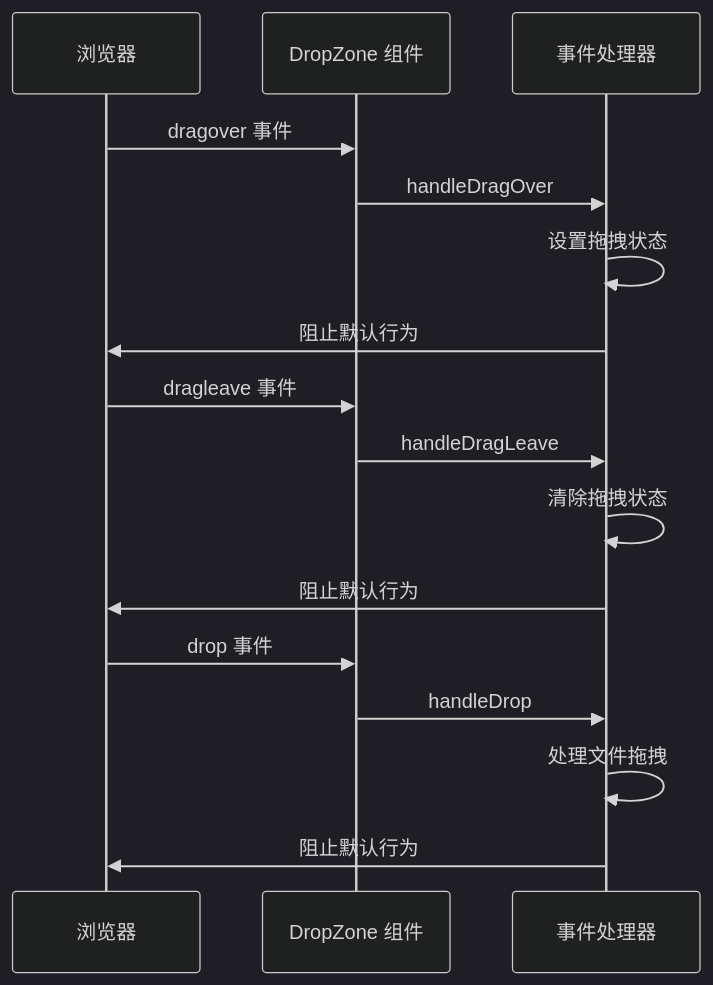
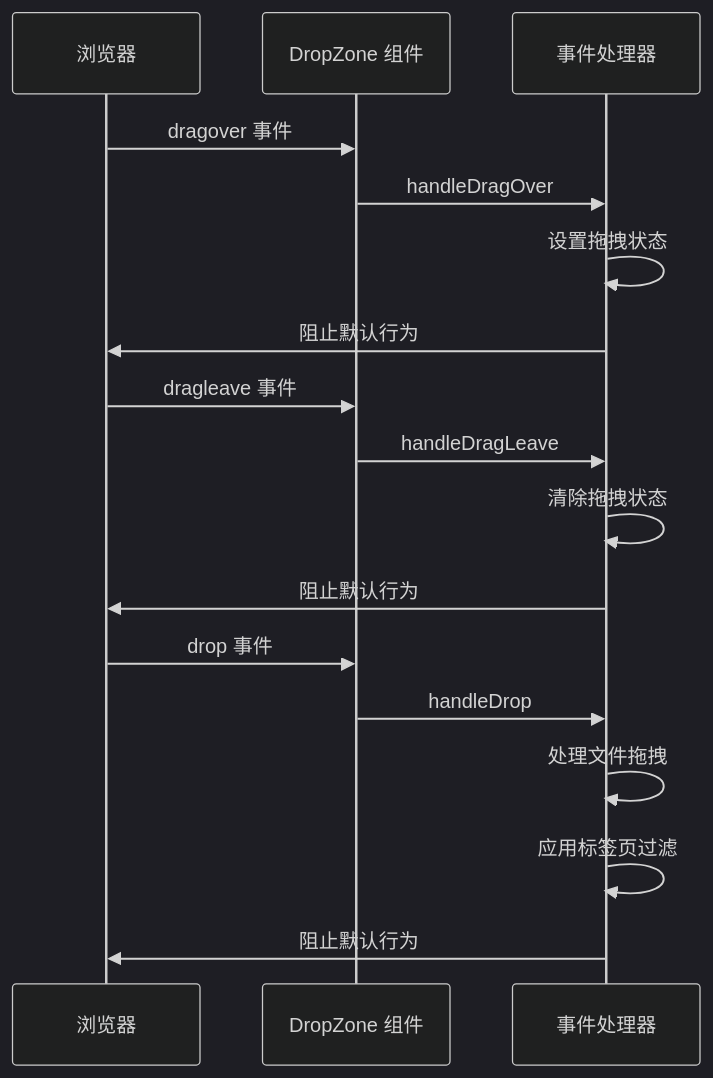
The sixth of 13 diagrams in .qoder/repowiki/zh/content/用户界面组件/核心界面组件/拖拽上传区域 (DropZone).md (billye220670/CorineKit_Pix2Real), drawn with Mermaid (dark theme) before and after one commit. The commit also changed other lines of this file and 13 other files, not shown here.

````diff
--- a/.qoder/repowiki/zh/content/用户界面组件/核心界面组件/拖拽上传区域 (DropZone).md
+++ b/.qoder/repowiki/zh/content/用户界面组件/核心界面组件/拖拽上传区域 (DropZone).md
@@ -229,18 +256,19 @@
 ```mermaid
 sequenceDiagram
 participant Browser as 浏览器
 participant DropZone as DropZone 组件
 participant Handler as 事件处理器
 Browser->>DropZone : dragover 事件
 DropZone->>Handler : handleDragOver
 Handler->>Handler : 设置拖拽状态
 Handler->>Browser : 阻止默认行为
 Browser->>DropZone : dragleave 事件
 DropZone->>Handler : handleDragLeave
 Handler->>Handler : 清除拖拽状态
 Handler->>Browser : 阻止默认行为
 Browser->>DropZone : drop 事件
 DropZone->>Handler : handleDrop
 Handler->>Handler : 处理文件拖拽
+Handler->>Handler : 应用标签页过滤
 Handler->>Browser : 阻止默认行为
 ```
````
